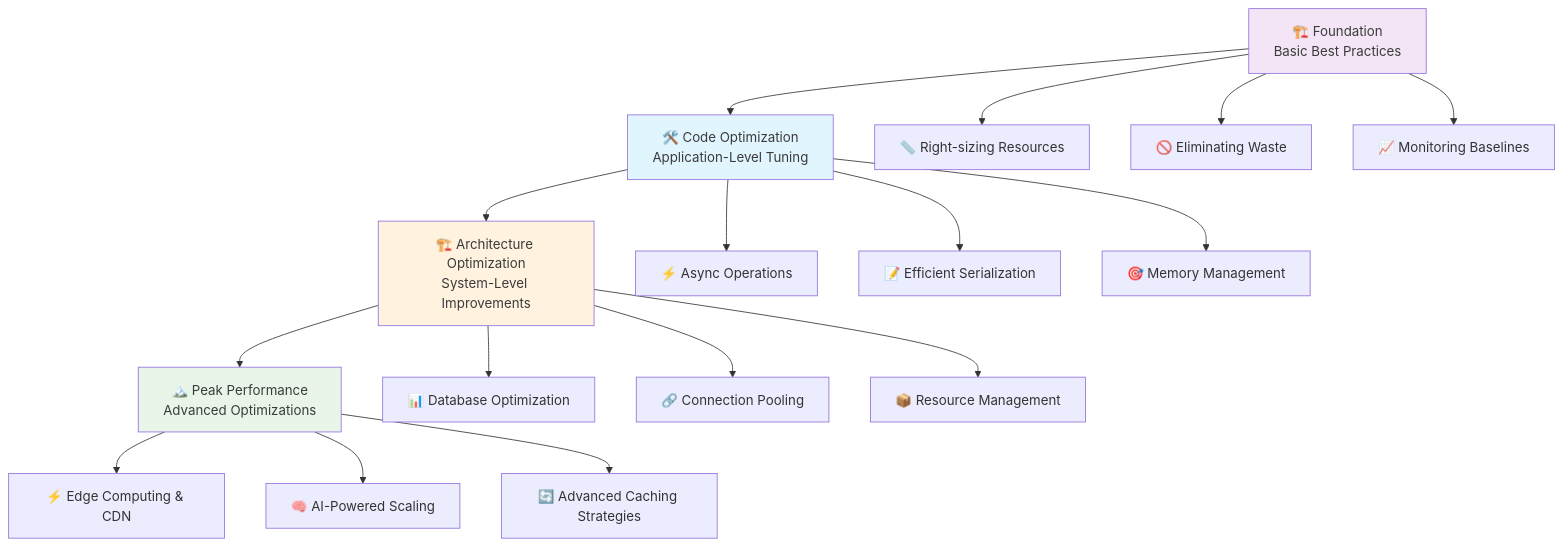
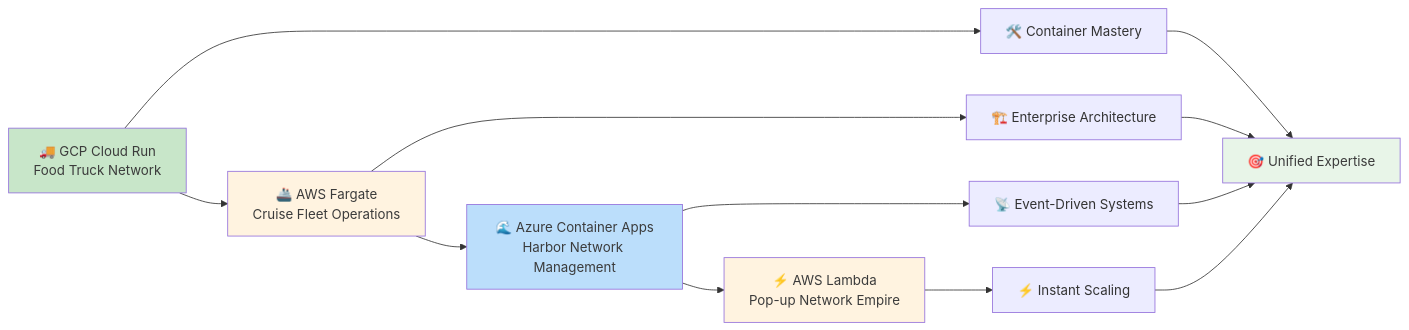
Before and after one commit to ridwanspace/restful-fastapi-guideline: the fifth of 5 diagrams in app/docs/04_advanced/06-serverless-deployment/page.mdx, drawn with Mermaid. The commit also changed other lines of this file and 1 other file, not shown here.

````diff
--- a/app/docs/04_advanced/06-serverless-deployment/page.mdx
+++ b/app/docs/04_advanced/06-serverless-deployment/page.mdx
@@ -7031,26 +5314,22 @@
 ```mermaid
-graph TD
-    A[🏔️ Peak Performance<br/>Advanced Optimizations] --> B[⚡ Edge Computing & CDN]
-    A --> C[🧠 AI-Powered Scaling]
-    A --> D[🔄 Advanced Caching Strategies]
+graph LR
+    A[🚚 GCP Cloud Run<br/>Food Truck Network] --> B[🚢 AWS Fargate<br/>Cruise Fleet Operations]
+    B --> C[🌊 Azure Container Apps<br/>Harbor Network Management]  
+    C --> D[⚡ AWS Lambda<br/>Pop-up Network Empire]
     
-    E[🏗️ Architecture Optimization<br/>System-Level Improvements] --> A
-    E --> F[📊 Database Optimization]
-    E --> G[🔗 Connection Pooling]
-    E --> H[📦 Resource Management]
+    A --> E[🛠️ Container Mastery]
+    B --> F[🏗️ Enterprise Architecture] 
+    C --> G[📡 Event-Driven Systems]
+    D --> H[⚡ Instant Scaling]
     
-    I[🛠️ Code Optimization<br/>Application-Level Tuning] --> E
-    I --> J[⚡ Async Operations]
-    I --> K[📝 Efficient Serialization]
-    I --> L[🎯 Memory Management]
+    E --> I[🎯 Unified Expertise]
+    F --> I
+    G --> I  
+    H --> I
     
-    M[🏗️ Foundation<br/>Basic Best Practices] --> I
-    M --> N[📏 Right-sizing Resources]
-    M --> O[🚫 Eliminating Waste]
-    M --> P[📈 Monitoring Baselines]
-    
-    style A fill:#e8f5e8,color:#3b3b3b
-    style E fill:#fff3e0,color:#3b3b3b
-    style I fill:#e1f5fe,color:#3b3b3b
-    style M fill:#f3e5f5,color:#3b3b3b
+    style A fill:#c8e6c9,color:#3b3b3b
+    style B fill:#fff3e0,color:#3b3b3b
+    style C fill:#bbdefb,color:#3b3b3b
+    style D fill:#fff3e0,color:#3b3b3b
+    style I fill:#e8f5e8,color:#3b3b3b
 ```
````
